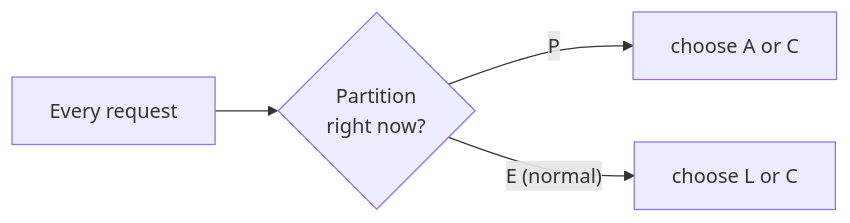
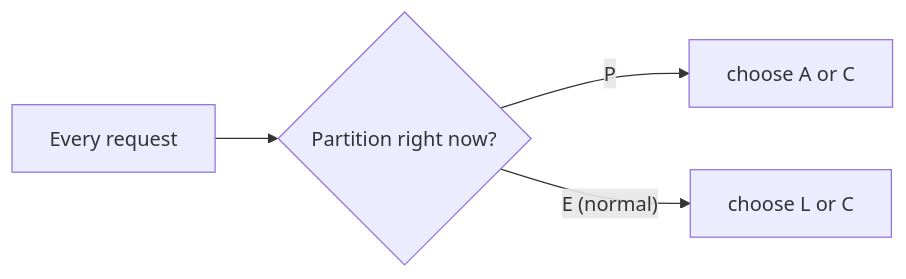
One commit to mohammad-mriesh-job/cortex changed the second of 2 diagrams in src/modules/system-design/content/04-databases/04-cap-and-consistency.md. Above: the diagram before and after it, drawn with Mermaid. The commit also changed other lines of this file and 257 other files, not shown here.

````diff
--- a/src/modules/system-design/content/04-databases/04-cap-and-consistency.md
+++ b/src/modules/system-design/content/04-databases/04-cap-and-consistency.md
@@ -41,6 +41,6 @@
 ```mermaid
 flowchart LR
-  Start["Every request"] --> Pq{"Partition<br/>right now?"}
+  Start["Every request"] --> Pq{"Partition right now?"}
   Pq -->|"P"| AC["choose A or C"]
   Pq -->|"E (normal)"| LC["choose L or C"]
 ```
````
